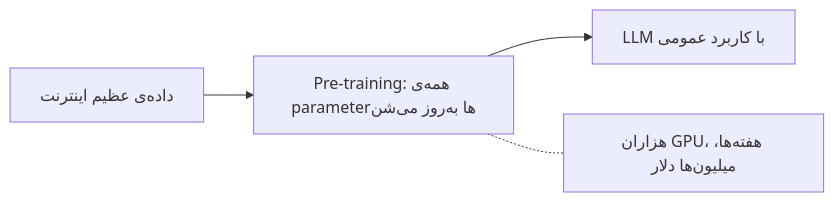
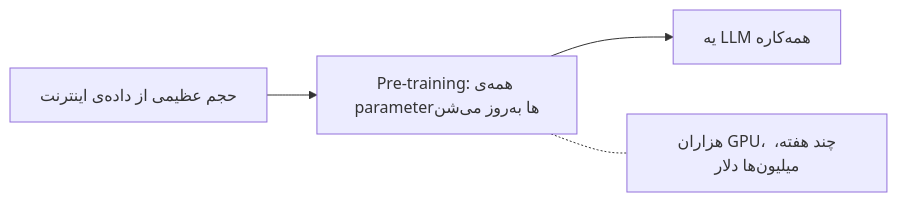
One commit to lokumai/ai-engineering-bazaar changed the first of 4 diagrams in mini-courses/1_fundamentals/training_fa.md. Above: the diagram before and after it, drawn with Mermaid. The commit also changed other lines of this file and 82 other files, not shown here.

````diff
--- a/mini-courses/1_fundamentals/training_fa.md
+++ b/mini-courses/1_fundamentals/training_fa.md
@@ -27,6 +27,6 @@
 ```mermaid
 graph LR
-    A["داده‌ی عظیم اینترنت"] --> B["Pre-training: همه‌ی parameter‌ها به‌روز می‌شن"]
-    B --> C["LLM با کاربرد عمومی"]
-    B -.- D["هزاران GPU، هفته‌ها، میلیون‌ها دلار"]
+    A["حجم عظیمی از داده‌ی اینترنت"] --> B["Pre-training: همه‌ی parameter‌ها به‌روز می‌شن"]
+    B --> C["یه LLM همه‌کاره"]
+    B -.- D["هزاران GPU، چند هفته، میلیون‌ها دلار"]
 ```
````
